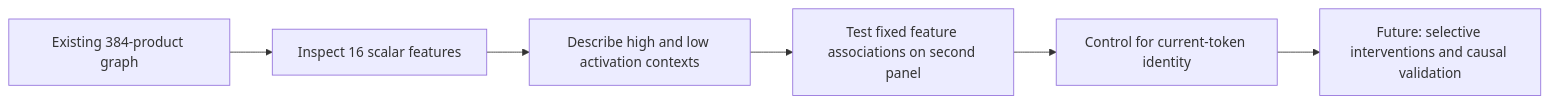
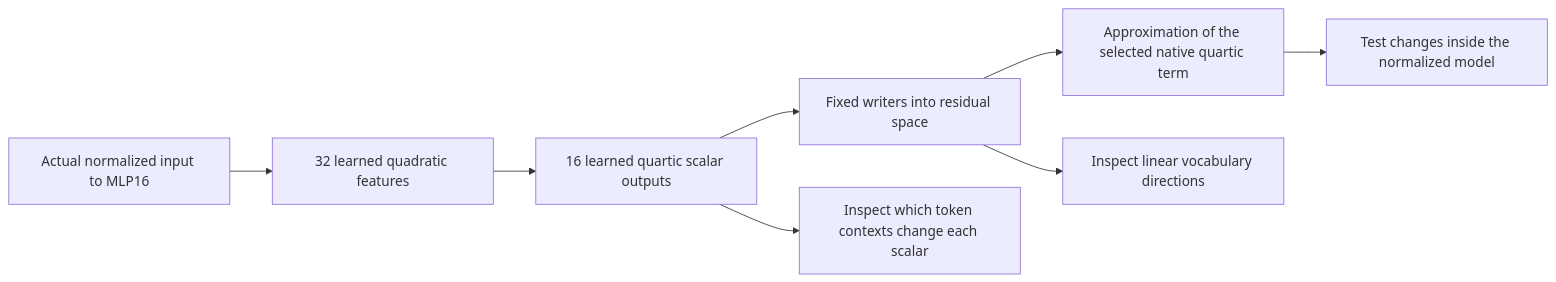
The diagram in basis_aligned/polynomial_causal/explanations/for_logan/research_update_2026-09-21_2112_shared_feature_conditions.md (loganriggs/tensor_language), drawn with Mermaid before and after one commit. The commit also changed other lines of this file and 4 other files, not shown here.

Commit message:
Explain model scope and provenance of the sixteen shared features

````diff
--- a/basis_aligned/polynomial_causal/explanations/for_logan/research_update_2026-09-21_2112_shared_feature_conditions.md
+++ b/basis_aligned/polynomial_causal/explanations/for_logan/research_update_2026-09-21_2112_shared_feature_conditions.md
@@ -23,8 +33,10 @@
 ```mermaid
 flowchart LR
-    A[Existing 384-product graph] --> B[Inspect 16 scalar features]
-    B --> C[Describe high and low activation contexts]
-    C --> D[Test fixed feature associations on second panel]
-    D --> E[Control for current-token identity]
-    E --> F[Future: selective interventions and causal validation]
+    X[Actual normalized input to MLP16] --> Q[32 learned quadratic features]
+    Q --> H[16 learned quartic scalar outputs]
+    H --> W[Fixed writers into residual space]
+    W --> A[Approximation of the selected native quartic term]
+    H --> C[Inspect which token contexts change each scalar]
+    W --> V[Inspect linear vocabulary directions]
+    A --> I[Test changes inside the normalized model]
 ```
````
